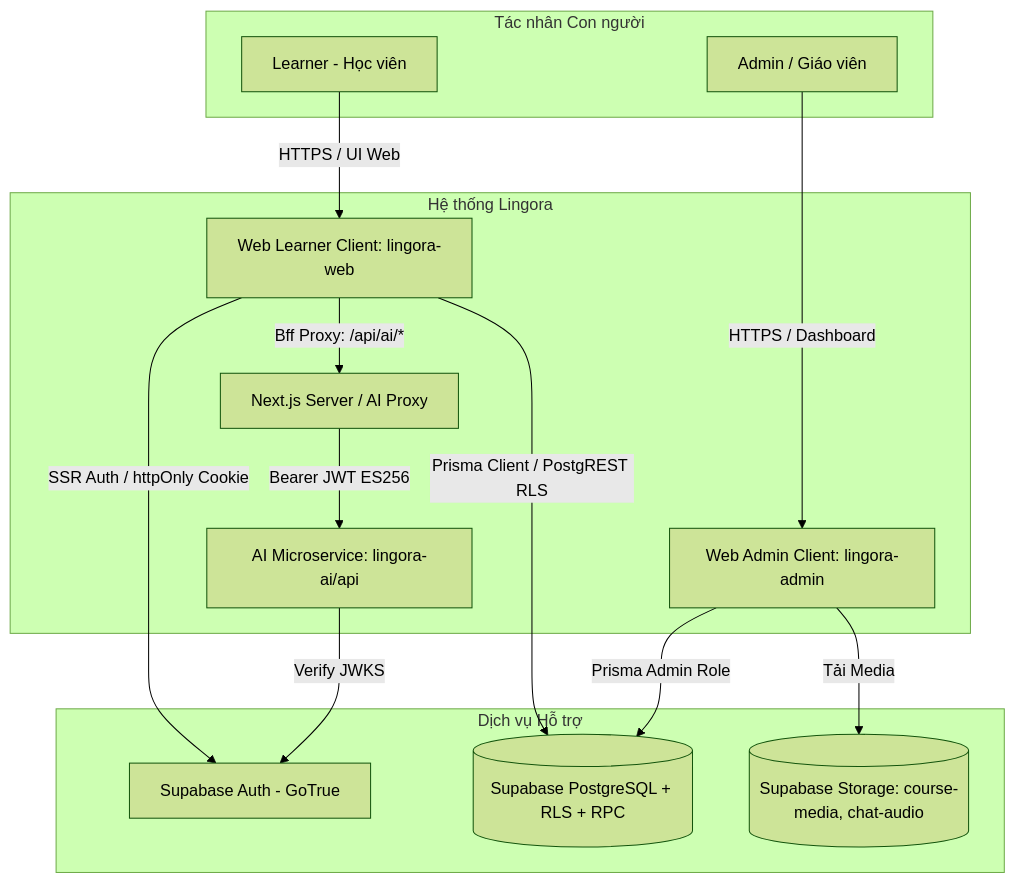
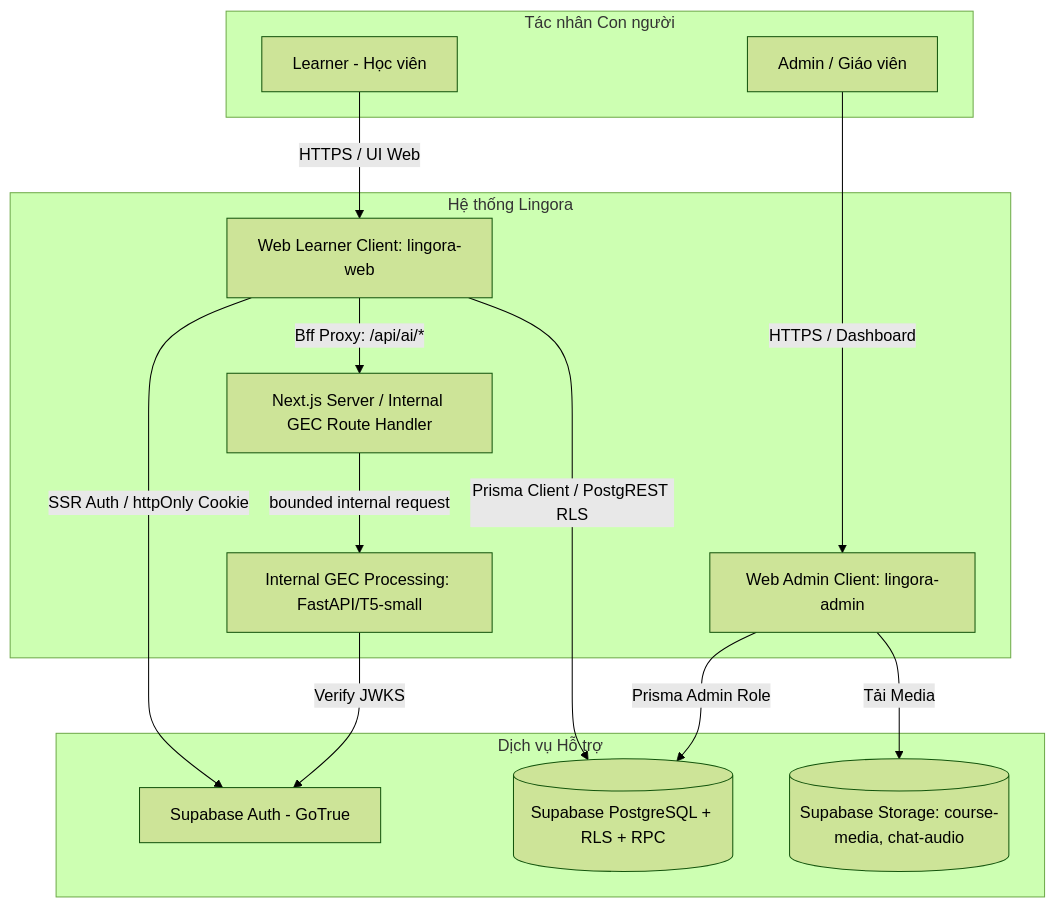
The first of 3 diagrams in docs/06-system-analysis.md (PhamNguyenThanhTung/lingora-workspace), drawn with Mermaid (forest theme) before and after one commit. The commit also changed other lines of this file and 39 other files, not shown here.

Commit message:
docs: complete PlantUML coverage and internalize GEC boundary

````diff
--- a/docs/06-system-analysis.md
+++ b/docs/06-system-analysis.md
@@ -36,30 +36,30 @@
 ```mermaid
 flowchart TD
     subgraph HumanActors[Tác nhân Con người]
         L[Learner - Học viên]
         A[Admin / Giáo viên]
     end
 
     subgraph LingoraSystem[Hệ thống Lingora]
         WebClient[Web Learner Client: lingora-web]
         AdminClient[Web Admin Client: lingora-admin]
-        RouteHandler[Next.js Server / AI Proxy]
-        FastAPIService[AI Microservice: lingora-ai/api]
+        RouteHandler[Next.js Server / Internal GEC Route Handler]
+        FastAPIService[Internal GEC Processing: FastAPI/T5-small]
     end
 
     subgraph SupportingServices[Dịch vụ Hỗ trợ]
         SupaAuth[Supabase Auth - GoTrue]
         SupaDB[(Supabase PostgreSQL + RLS + RPC)]
         SupaStorage[(Supabase Storage: course-media, chat-audio)]
     end
 
     L -->|HTTPS / UI Web| WebClient
     A -->|HTTPS / Dashboard| AdminClient
     WebClient -->|SSR Auth / httpOnly Cookie| SupaAuth
     WebClient -->|Prisma Client / PostgREST RLS| SupaDB
     WebClient -->|Bff Proxy: /api/ai/*| RouteHandler
-    RouteHandler -->|Bearer JWT ES256| FastAPIService
+    RouteHandler -->|bounded internal request| FastAPIService
     AdminClient -->|Prisma Admin Role| SupaDB
     AdminClient -->|Tải Media| SupaStorage
     FastAPIService -->|Verify JWKS| SupaAuth
 ```
````
